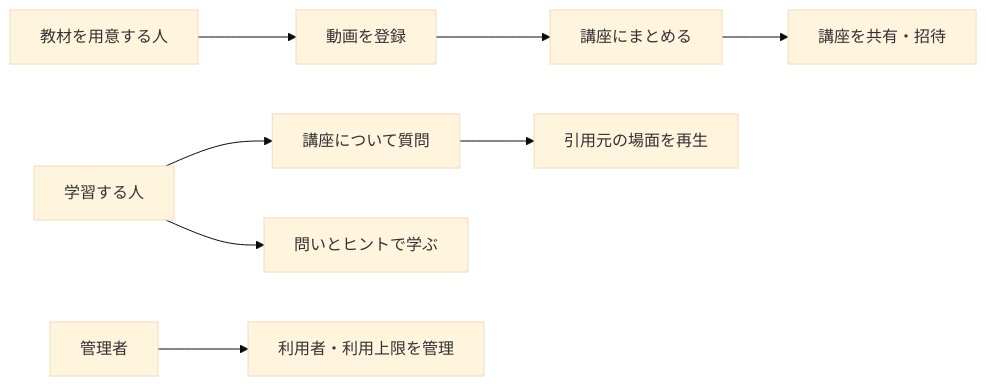
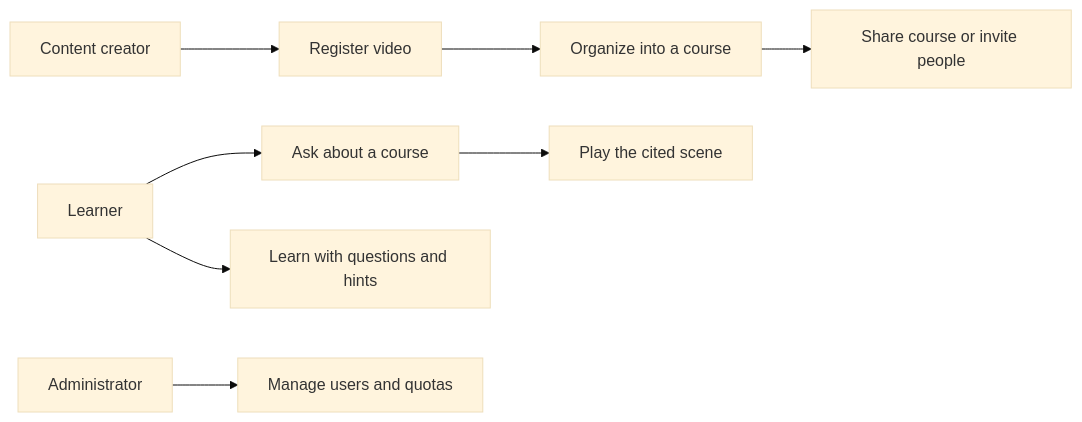
Before and after one commit to yukiharada1228/videoq: the diagram in docs/requirements/use-case-diagram.md, drawn with Mermaid (base theme). The commit also changed other lines of this file and 79 other files, not shown here.

````diff
--- a/docs/requirements/use-case-diagram.md
+++ b/docs/requirements/use-case-diagram.md
@@ -12,10 +12,10 @@
 ```mermaid
 flowchart LR
-    Owner[教材を用意する人] --> Upload[動画を登録]
-    Upload --> Course[講座にまとめる]
-    Course --> Share[講座を共有・招待]
-    Learner[学習する人] --> Ask[講座について質問]
-    Ask --> Source[引用元の場面を再生]
-    Learner --> Study[問いとヒントで学ぶ]
-    Admin[管理者] --> Manage[利用者・利用上限を管理]
+    Owner[Content creator] --> Upload[Register video]
+    Upload --> Course[Organize into a course]
+    Course --> Share[Share course or invite people]
+    Learner[Learner] --> Ask[Ask about a course]
+    Ask --> Source[Play the cited scene]
+    Learner --> Study[Learn with questions and hints]
+    Admin[Administrator] --> Manage[Manage users and quotas]
 ```
````
